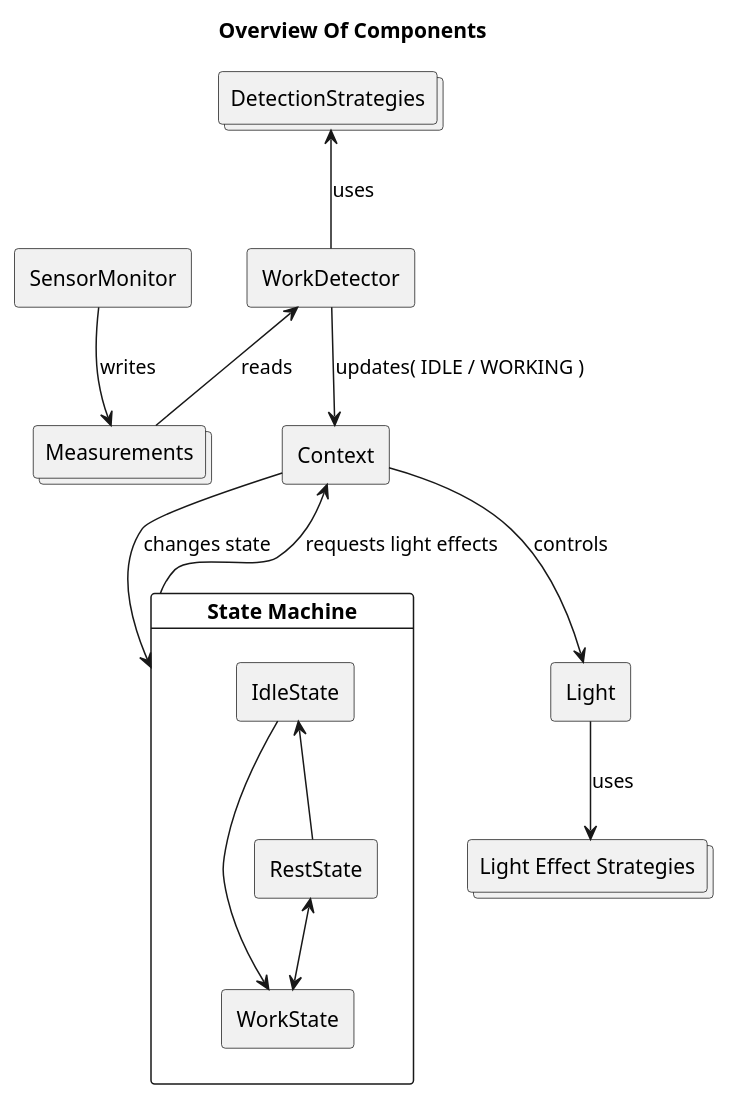
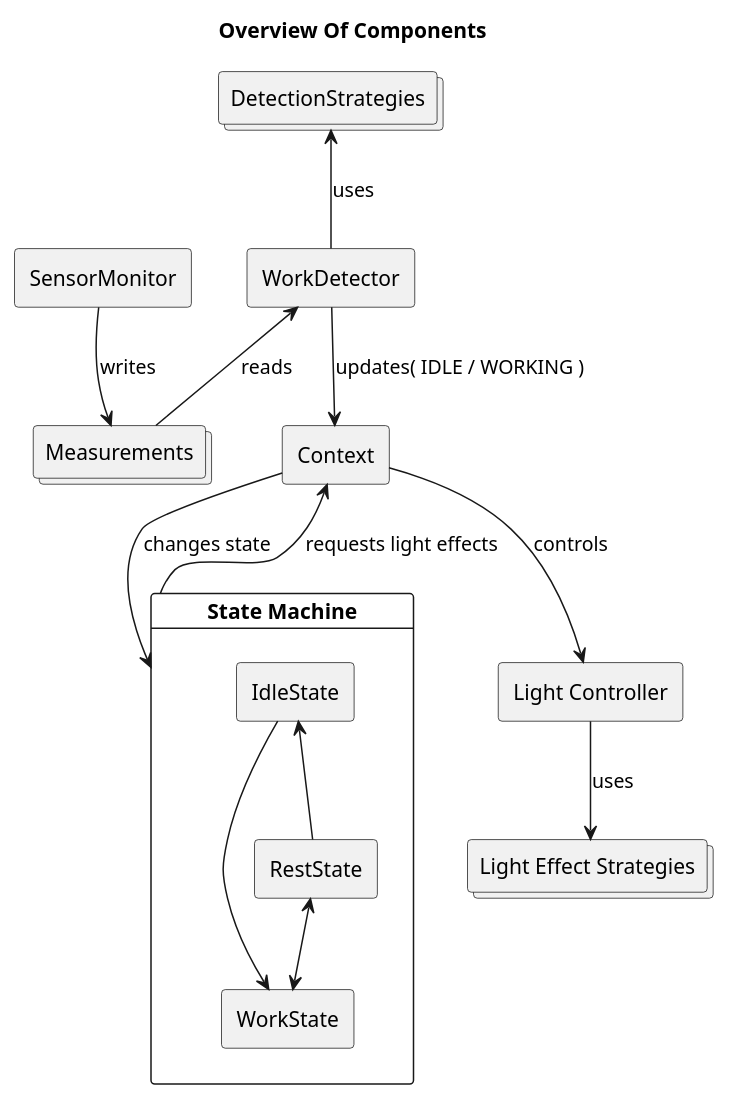
Before and after one commit to gmol/break-monitor: the diagram in docs/uml/compenents.puml, drawn with PlantUML. The commit also changed 12 other files, not shown here.

```diff
--- a/docs/uml/compenents.puml
+++ b/docs/uml/compenents.puml
@@ -1,30 +1,30 @@
 @startuml
 
 title Overview Of Components
 
 card "State Machine" as sm {
     agent IdleState as idle
     agent WorkState as work
     agent RestState as rest
     idle --> work
     rest <--> work
     idle <-- rest
 }
 agent Context as context
 agent WorkDetector as detector
 agent SensorMonitor as monitor
 collections Measurements as db
 collections "Light Effect Strategies" as strategies
-agent Light as light
+agent "Light Controller" as light
 collections DetectionStrategies as ds
 
 context --> light : controls
 light --> strategies : uses
 context --> sm : changes state
 monitor --> db : writes
 detector <-- db : reads
 detector --> context: updates( IDLE / WORKING )
 context <-- sm : requests light effects
 ds <-- detector : uses
 
 @enduml
```
